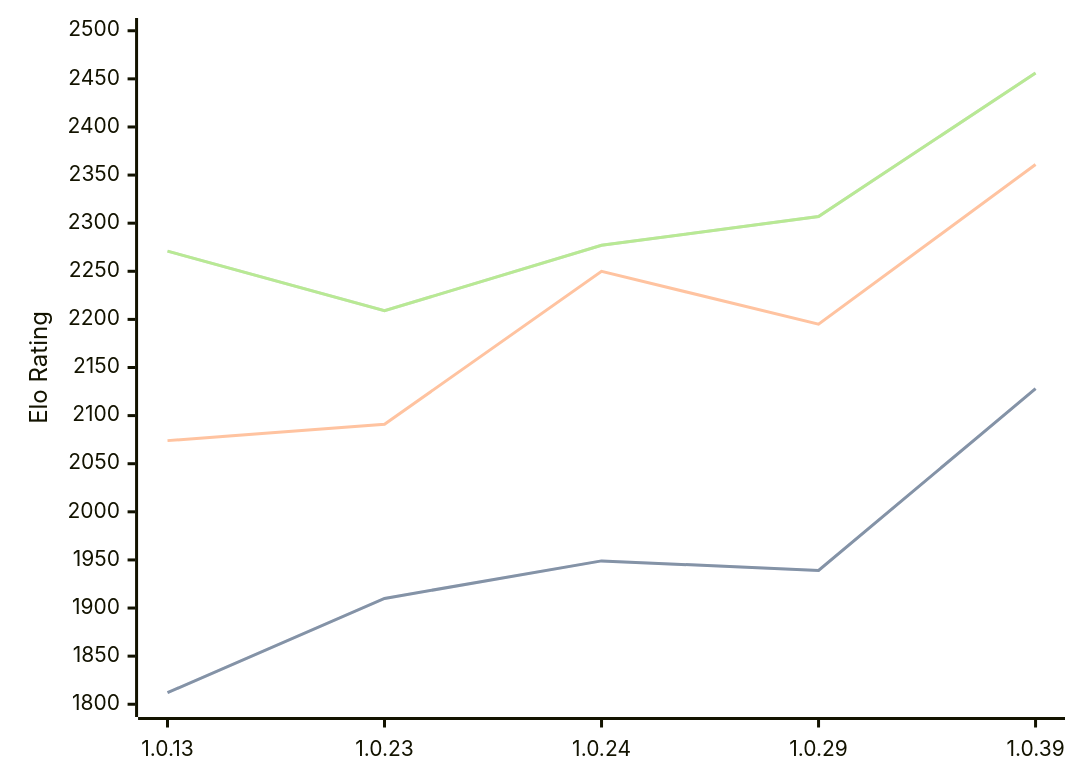
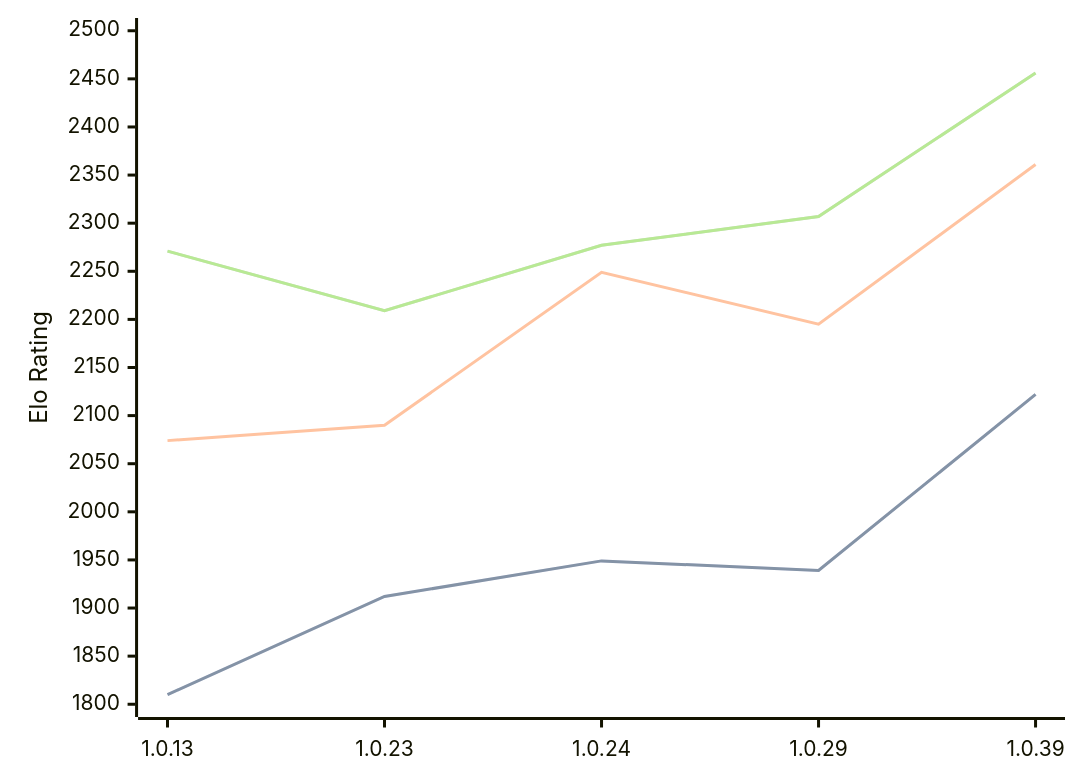
One commit to computer-chess-index/cci changed the diagram in engines/RustyRival.md. Above: the diagram before and after it, drawn with Mermaid. The commit also changed other lines of this file, not shown here.

````diff
--- a/engines/RustyRival.md
+++ b/engines/RustyRival.md
@@ -66,11 +66,11 @@
 ```mermaid
 %%{init: {"theme":"base","themeVariables":{"seriesColors:['#a3a3a3','#222221','#faa371']}}}%%
 xychart-beta
   x-axis ["1.0.13", "1.0.23", "1.0.24", "1.0.29", "1.0.39"]
   y-axis "Elo Rating" 1800 --> 2500
-  line "STC (8.0+0.08s)" [1812, 1910, 1949, 1939, 2128]
-  line "STC (8.0+0.08s)" [1812, 1910, 1949, 1939, 2128]
-  line "LTC (60.0+0.60s)" [2074, 2091, 2250, 2195, 2361]
+  line "STC (8.0+0.08s)" [1810, 1912, 1949, 1939, 2122]
+  line "STC (8.0+0.08s)" [1810, 1912, 1949, 1939, 2122]
+  line "LTC (60.0+0.60s)" [2074, 2090, 2249, 2195, 2361]
   line "VLTC (2m24s+1.12s)" [2271, 2209, 2277, 2307, 2456]
   line "VLTC (2m24s+1.12s)" [2271, 2209, 2277, 2307, 2456]
 ```
````
